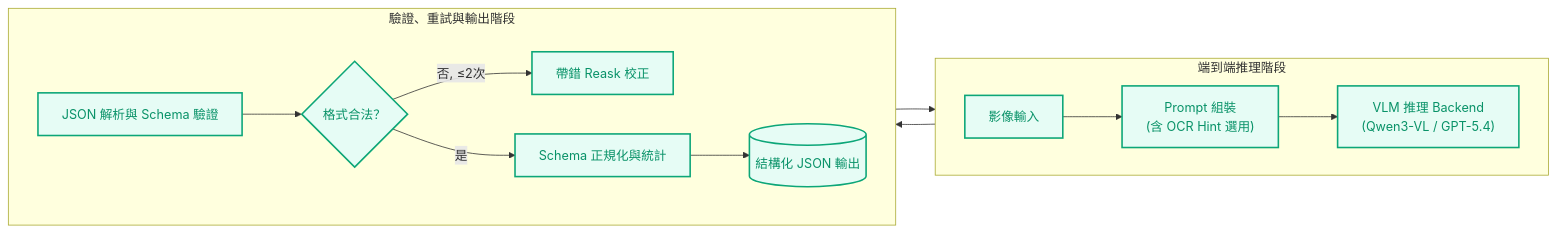
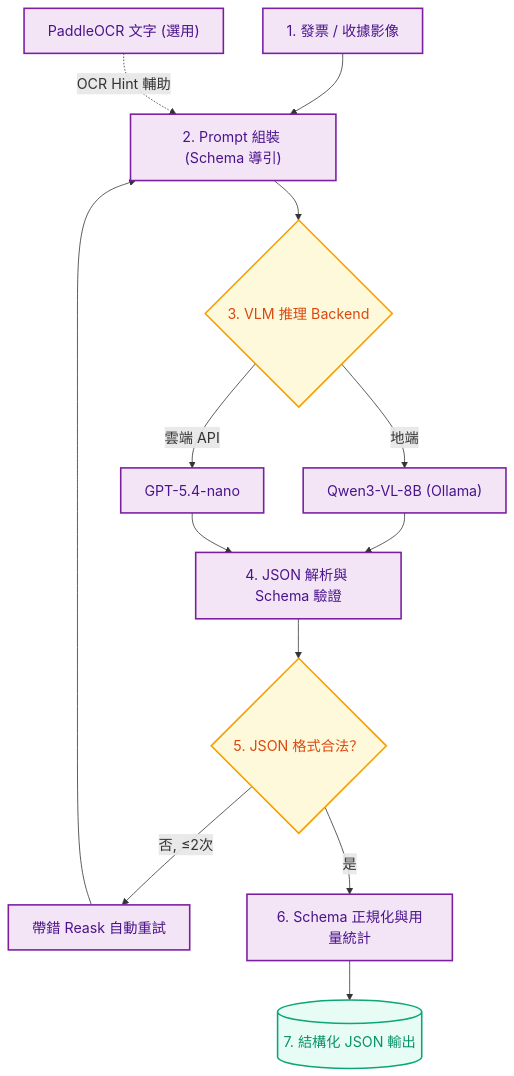
Before and after one commit to kuotunyu/receipt-ocr-vlm-benchmark: the second of 3 diagrams in README.md, drawn with Mermaid. The commit also changed other lines of this file, not shown here.

Commit message:
docs: apply soft modern color palette and comfortable 18px font size to all flowcharts

````diff
--- a/README.md
+++ b/README.md
@@ -57,21 +56,23 @@
 ```mermaid
-%%{init: {'themeVariables': {'fontSize': '16px'}}}%%
-flowchart LR
-    subgraph BRow1 ["端到端推理階段"]
-        direction LR
-        B1["影像輸入"] --> B2["Prompt 組裝<br/>(含 OCR Hint 選用)"] --> B3["VLM 推理 Backend<br/>(Qwen3-VL / GPT-5.4)"]
-    end
+%%{init: {'themeVariables': {'fontSize': '18px'}}}%%
+flowchart TD
+    B1["1. 發票 / 收據影像"] --> B2["2. Prompt 組裝 (Schema 導引)"]
+    B3["PaddleOCR 文字 (選用)"] -.->|OCR Hint 輔助| B2
+    B2 --> B4{"3. VLM 推理 Backend"}
+    B4 -->|地端| B5["Qwen3-VL-8B (Ollama)"]
+    B4 -->|雲端 API| B6["GPT-5.4-nano"]
+    B5 & B6 --> B7["4. JSON 解析與 Schema 驗證"]
+    B7 --> B8{"5. JSON 格式合法？"}
+    B8 -->|否, ≤2次| B9["帶錯 Reask 自動重試"]
+    B9 --> B2
+    B8 -->|是| B10["6. Schema 正規化與用量統計"]
+    B10 --> B11[("7. 結構化 JSON 輸出")]
 
-    subgraph BRow2 ["驗證、重試與輸出階段"]
-        direction LR
-        B4["JSON 解析與 Schema 驗證"] --> B5{"格式合法？"}
-        B5 -->|否, ≤2次| B6["帶錯 Reask 校正"]
-        B6 --> B2
-        B5 -->|是| B7["Schema 正規化與統計"] --> B8[("結構化 JSON 輸出")]
-    end
+    classDef vlmStyle fill:#f3e5f5,stroke:#7b1fa2,stroke-width:2px,color:#4a148c
+    classDef condStyle fill:#fff9db,stroke:#f59f00,stroke-width:2px,color:#d9480f
+    classDef outStyle fill:#e6fcf5,stroke:#0ca678,stroke-width:2px,color:#099268
 
-    BRow1 --> BRow2
-
-    classDef pipeB fill:#e6fcf5,stroke:#0ca678,stroke-width:2px,color:#099268
-    class B1,B2,B3,B4,B5,B6,B7,B8 pipeB
+    class B1,B2,B3,B5,B6,B7,B9,B10 vlmStyle
+    class B4,B8 condStyle
+    class B11 outStyle
 ```
````
